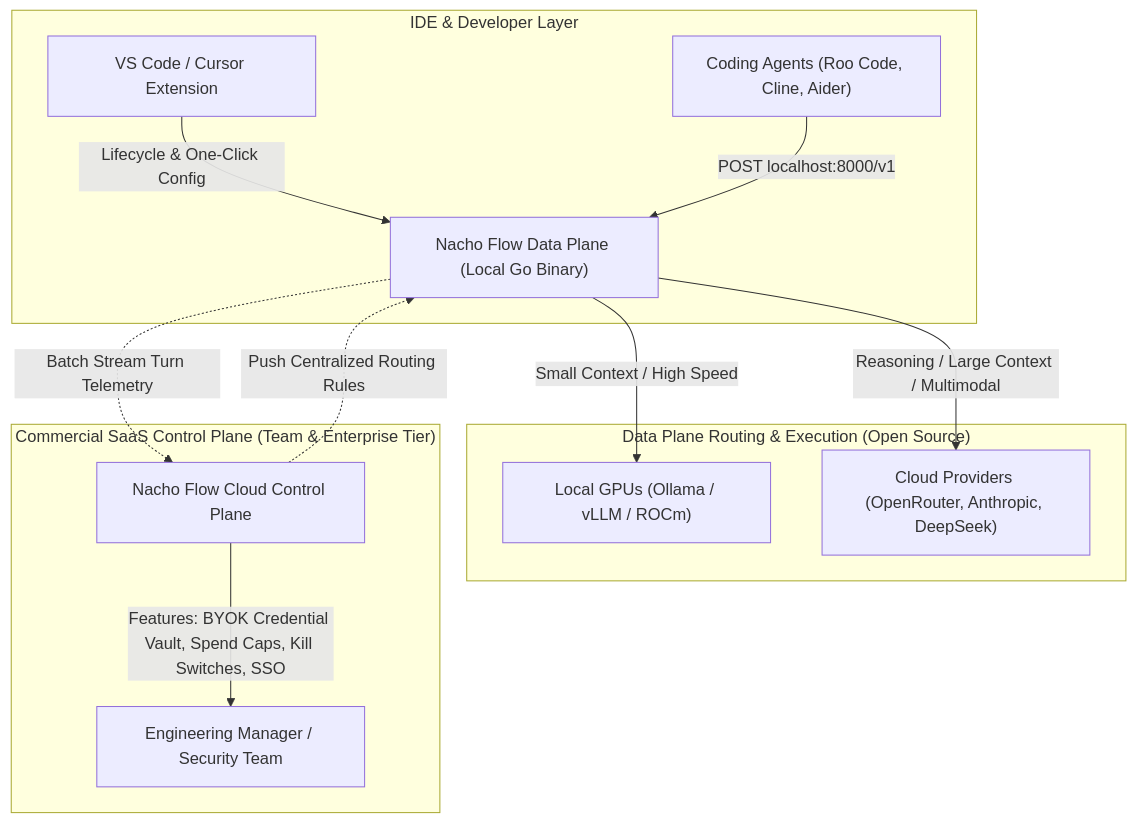
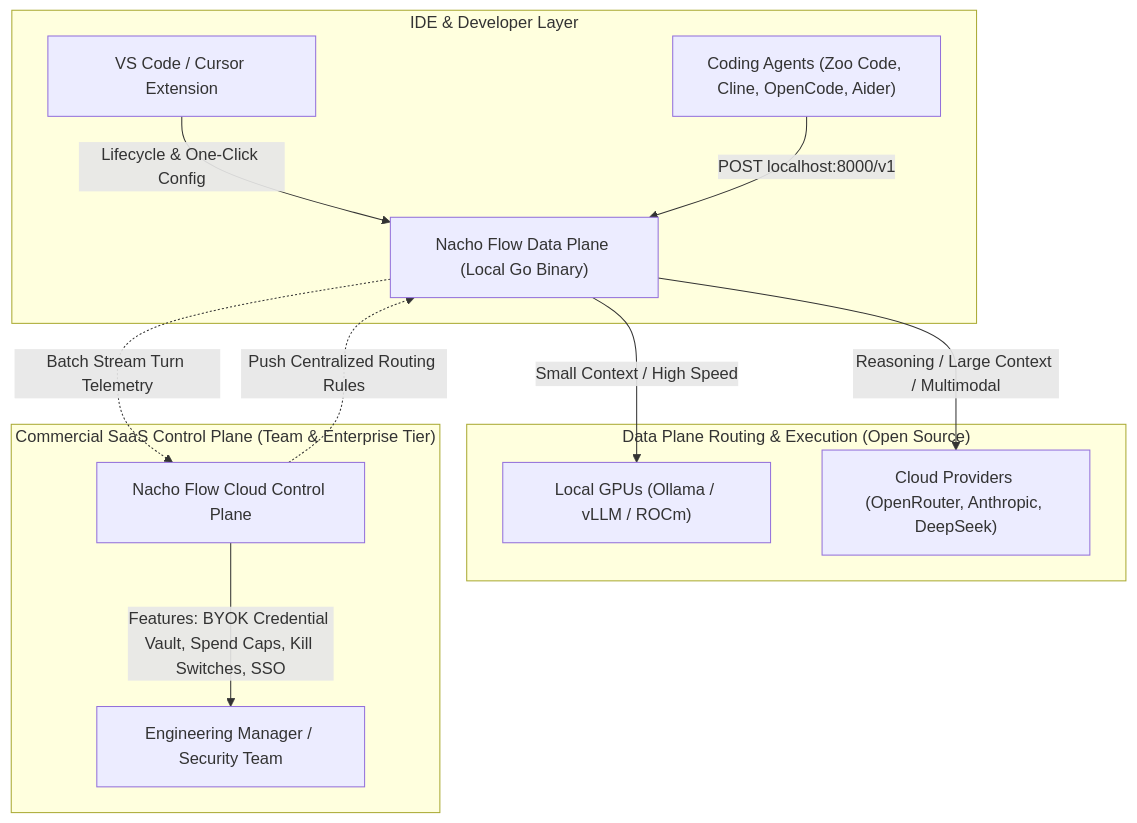
Before and after one commit to dixieflatline76/nacho-flow: the first of 2 diagrams in ROADMAP.md, drawn with Mermaid. The commit also changed other lines of this file and 53 other files, not shown here.

First line of the commit message:
feat(web,extension,security): redesign glass nav, migrate to Zoo Code & harden safe sandboxing (#20)

````diff
--- a/ROADMAP.md
+++ b/ROADMAP.md
@@ -14,18 +14,18 @@
 ```mermaid
 flowchart TD
     subgraph "IDE & Developer Layer"
         VSC["VS Code / Cursor Extension"] -->|"Lifecycle & One-Click Config"| DP["Nacho Flow Data Plane (Local Go Binary)"]
-        AGENT["Coding Agents (Roo Code, Cline, Aider)"] -->|"POST localhost:8000/v1"| DP
+        AGENT["Coding Agents (Zoo Code, Cline, OpenCode, Aider)"] -->|"POST localhost:8000/v1"| DP
     end
 
     subgraph "Data Plane Routing & Execution (Open Source)"
         DP -->|"Small Context / High Speed"| LOCAL["Local GPUs (Ollama / vLLM / ROCm)"]
         DP -->|"Reasoning / Large Context / Multimodal"| CLOUD["Cloud Providers (OpenRouter, Anthropic, DeepSeek)"]
     end
 
     subgraph "Commercial SaaS Control Plane (Team & Enterprise Tier)"
         CP["Nacho Flow Cloud Control Plane"] -.->|"Push Centralized Routing Rules"| DP
         DP -.->|"Batch Stream Turn Telemetry"| CP
         CP -->|"Features: BYOK Credential Vault, Spend Caps, Kill Switches, SSO"| MGR["Engineering Manager / Security Team"]
     end
 ```
````
